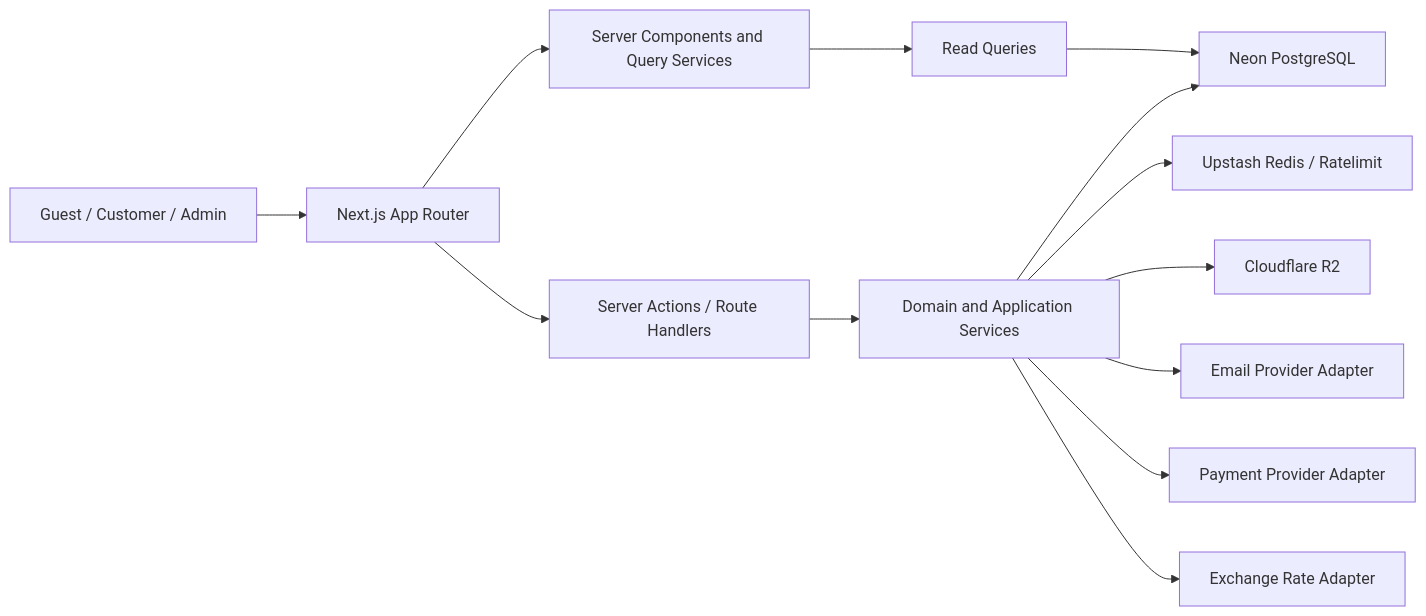
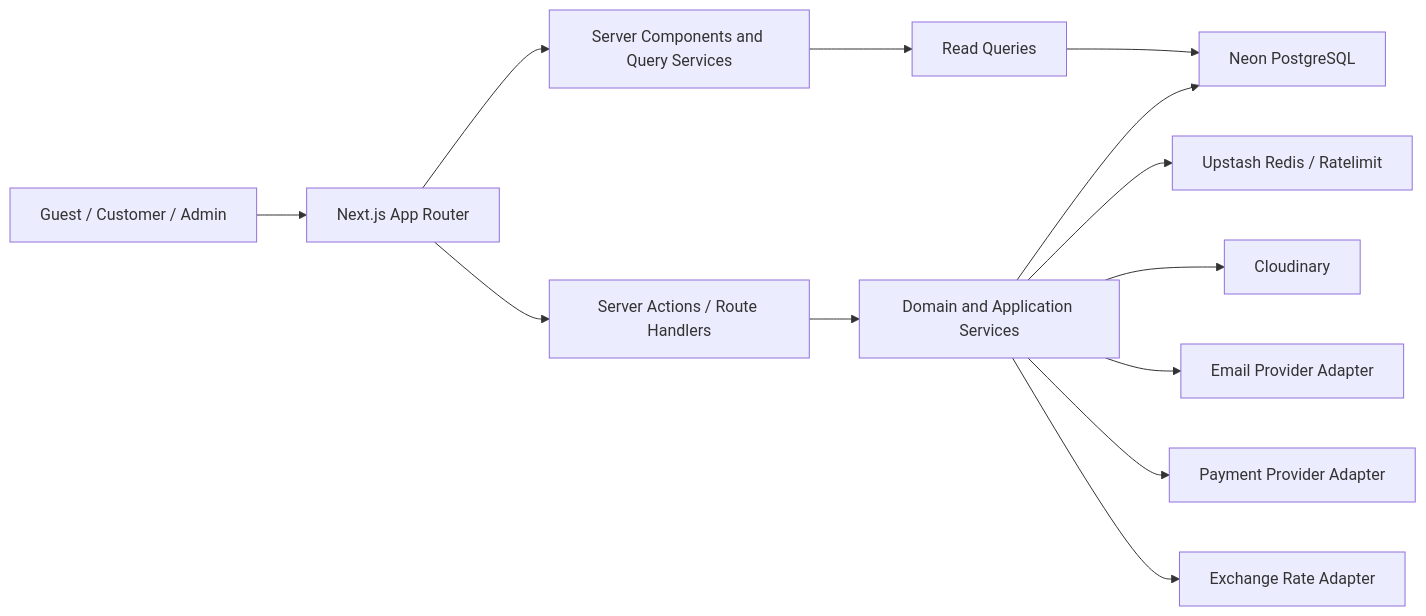
Before and after one commit to Mesrobyan77/door: the first of 2 diagrams in docs/01-ARCHITECTURE.md, drawn with Mermaid. The commit also changed other lines of this file and 64 other files, not shown here.

````diff
--- a/docs/01-ARCHITECTURE.md
+++ b/docs/01-ARCHITECTURE.md
@@ -18,15 +18,15 @@
 ```mermaid
 flowchart LR
   U["Guest / Customer / Admin"] --> E["Next.js App Router"]
   E --> RSC["Server Components and Query Services"]
   E --> M["Server Actions / Route Handlers"]
   M --> D["Domain and Application Services"]
   RSC --> Q["Read Queries"]
   D --> DB["Neon PostgreSQL"]
   Q --> DB
   D --> REDIS["Upstash Redis / Ratelimit"]
-  D --> R2["Cloudflare R2"]
+  D --> CLOUDINARY["Cloudinary"]
   D --> EMAIL["Email Provider Adapter"]
   D --> PAY["Payment Provider Adapter"]
   D --> FX["Exchange Rate Adapter"]
 ```
````
